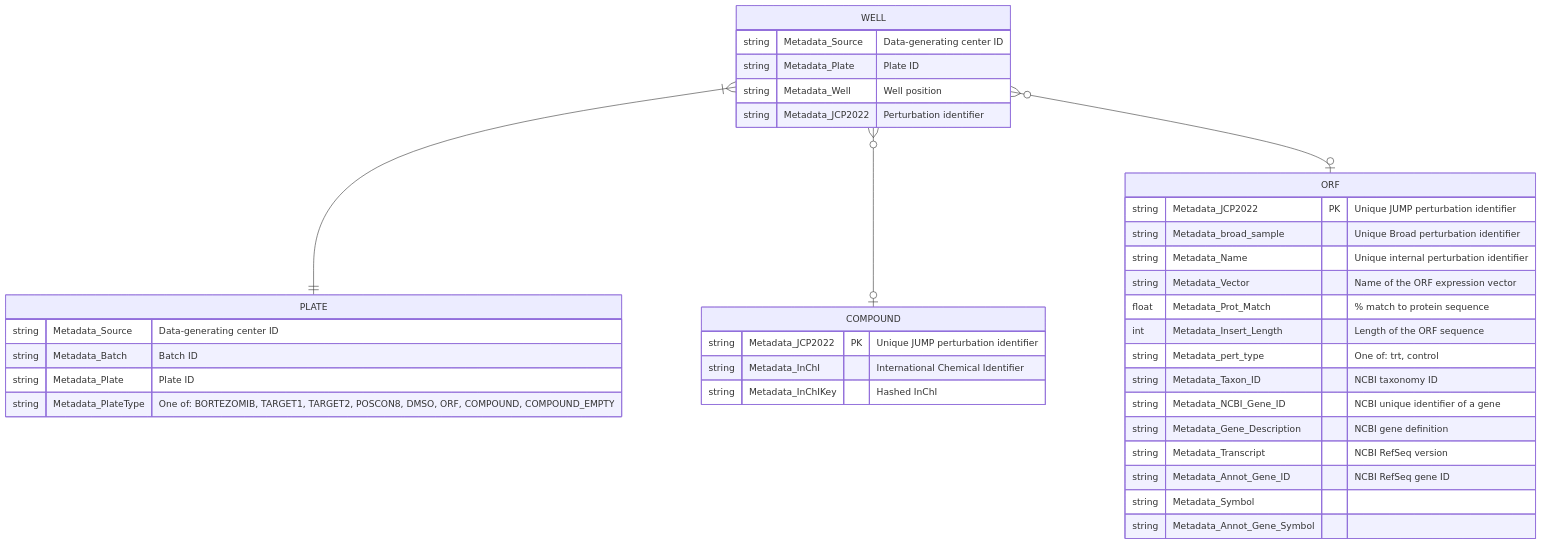
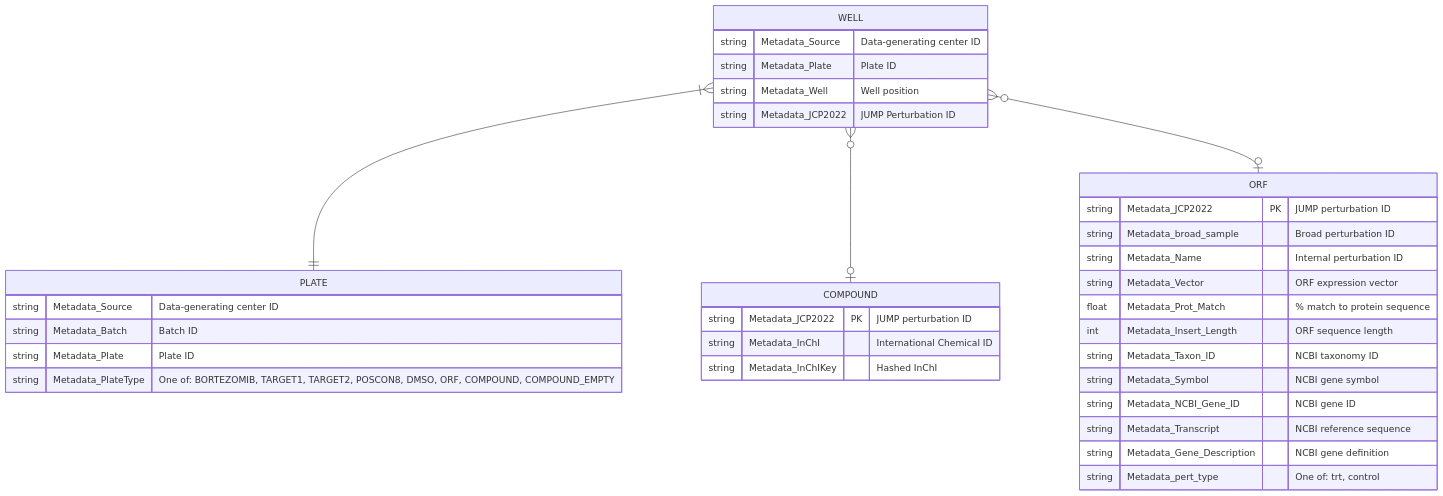
Before and after one commit to jump-cellpainting/datasets: the diagram in metadata/README.md, drawn with Mermaid.

````diff
--- a/metadata/README.md
+++ b/metadata/README.md
@@ -6,39 +6,37 @@
 ```mermaid
 erDiagram
     WELL }|--|| PLATE : ""
     WELL {
         string Metadata_Source "Data-generating center ID"
         string Metadata_Plate "Plate ID"
         string Metadata_Well "Well position"
-        string Metadata_JCP2022 "Perturbation identifier"
+        string Metadata_JCP2022 "JUMP Perturbation ID"
     }
     PLATE {
         string Metadata_Source "Data-generating center ID"
         string Metadata_Batch "Batch ID"
         string Metadata_Plate "Plate ID"
         string Metadata_PlateType "One of: BORTEZOMIB, TARGET1, TARGET2, POSCON8, DMSO, ORF, COMPOUND, COMPOUND_EMPTY"
     }
     WELL }o--o| COMPOUND : ""
     COMPOUND {
-        string Metadata_JCP2022 PK "Unique JUMP perturbation identifier"
-        string Metadata_InChI "International Chemical Identifier"
+        string Metadata_JCP2022 PK "JUMP perturbation ID"
+        string Metadata_InChI "International Chemical ID"
         string Metadata_InChIKey "Hashed InChI"
     }
     WELL }o--o| ORF : ""
     ORF {
-        string Metadata_JCP2022 PK "Unique JUMP perturbation identifier"
-        string Metadata_broad_sample "Unique Broad perturbation identifier"
-        string Metadata_Name "Unique internal perturbation identifier"
-        string Metadata_Vector "Name of the ORF expression vector"
+        string Metadata_JCP2022 PK "JUMP perturbation ID"
+        string Metadata_broad_sample "Broad perturbation ID"
+        string Metadata_Name "Internal perturbation ID"
+        string Metadata_Vector "ORF expression vector"
         float Metadata_Prot_Match "% match to protein sequence"
-        int Metadata_Insert_Length "Length of the ORF sequence"
+        int Metadata_Insert_Length "ORF sequence length"
+        string Metadata_Taxon_ID "NCBI taxonomy ID"
+        string Metadata_Symbol "NCBI gene symbol"
+        string Metadata_NCBI_Gene_ID "NCBI gene ID"
+        string Metadata_Transcript "NCBI reference sequence"
+        string Metadata_Gene_Description "NCBI gene definition"
         string Metadata_pert_type "One of: trt, control"
-        string Metadata_Taxon_ID "NCBI taxonomy ID"
-        string Metadata_NCBI_Gene_ID "NCBI unique identifier of a gene"
-        string Metadata_Gene_Description "NCBI gene definition"
-        string Metadata_Transcript "NCBI RefSeq version"
-        string Metadata_Annot_Gene_ID "NCBI RefSeq gene ID"
-        string Metadata_Symbol ""
-        string Metadata_Annot_Gene_Symbol ""
     }
 ```
````
